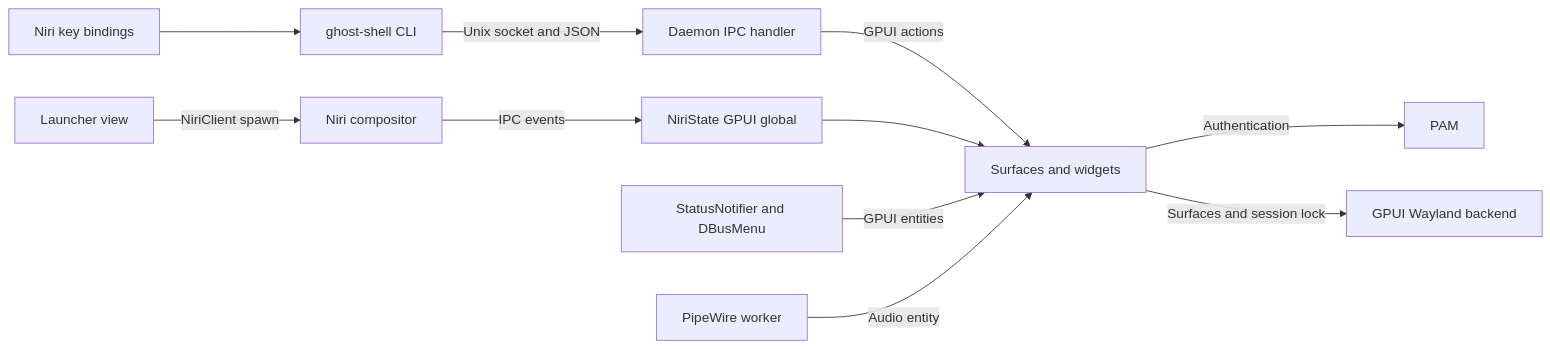
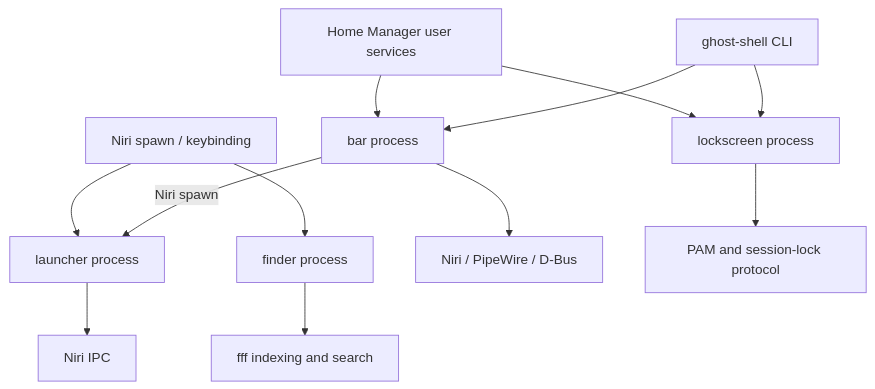
Before and after one commit to thatwhichisdev/ghost-shell: the diagram in docs/wiki/Architecture.md, drawn with Mermaid. The commit also changed other lines of this file and 397 other files, not shown here.

````diff
--- a/docs/wiki/Architecture.md
+++ b/docs/wiki/Architecture.md
@@ -51,13 +37,14 @@
 ```mermaid
-flowchart LR
-    Keys[Niri key bindings] --> CLI[ghost-shell CLI]
-    CLI -->|Unix socket and JSON| IPC[Daemon IPC handler]
-    IPC -->|GPUI actions| Views[Surfaces and widgets]
-    Niri[Niri compositor] -->|IPC events| State[NiriState GPUI global]
-    State --> Views
-    Launcher[Launcher view] -->|NiriClient spawn| Niri
-    DBus[StatusNotifier and DBusMenu] -->|GPUI entities| Views
-    PipeWire[PipeWire worker] -->|Audio entity| Views
-    Views -->|Authentication| PAM[PAM]
-    Views -->|Surfaces and session lock| GPUI[GPUI Wayland backend]
+flowchart TD
+    HM[Home Manager user services] --> Bar[bar process]
+    NiriSpawn[Niri spawn / keybinding] --> Launcher[launcher process]
+    NiriSpawn --> Finder[finder process]
+    HM --> Lock[lockscreen process]
+    CLI[ghost-shell CLI] --> Bar
+    CLI --> Lock
+    Bar -->|Niri spawn| Launcher
+    Bar --> Desktop[Niri / PipeWire / D-Bus]
+    Launcher --> Niri[Niri IPC]
+    Finder --> Index[fff indexing and search]
+    Lock --> PAM[PAM and session-lock protocol]
 ```
````
